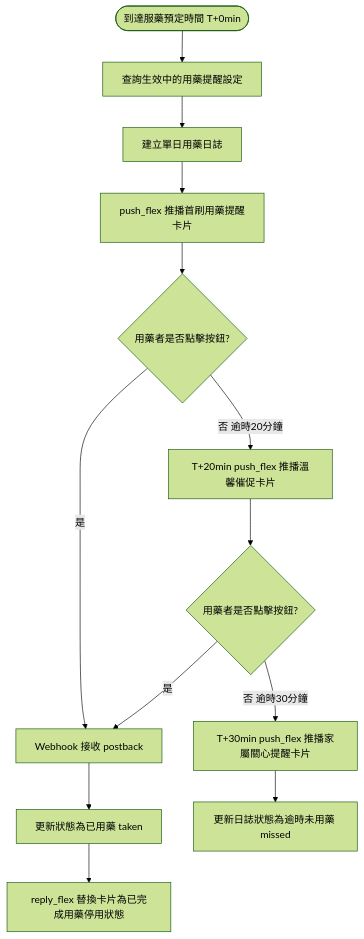
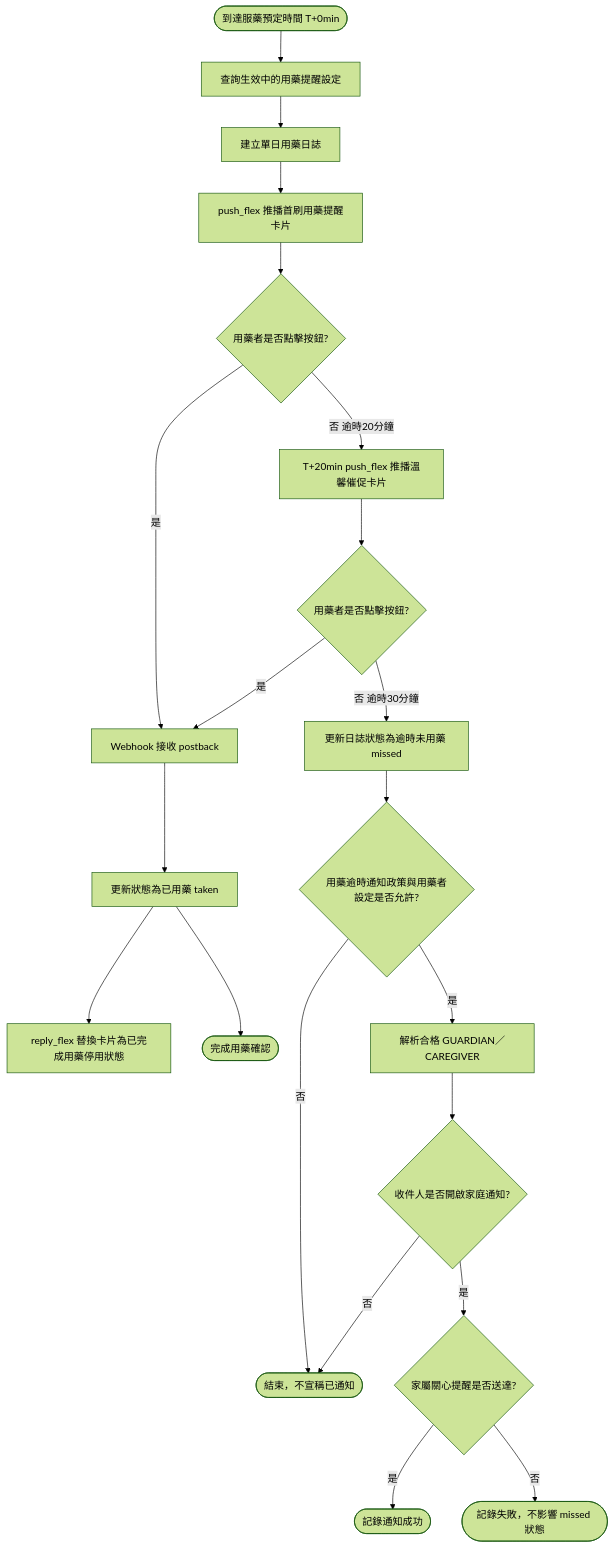
One commit to Yanagi-0912/CARE-Documents changed diagram 16 of 27 in 系統設計文件(SDD).md. Above: the diagram before and after it, drawn with Mermaid (forest theme). The commit also changed other lines of this file and 1 other file, not shown here.

Commit message:
更新mermaid

````diff
--- a/系統設計文件(SDD).md
+++ b/系統設計文件(SDD).md
@@ -679,18 +742,26 @@
 ```mermaid
 flowchart TD
     A([到達服藥預定時間 T+0min]) --> B[查詢生效中的用藥提醒設定]
     B --> C[建立單日用藥日誌]
     C --> D[push_flex 推播首刷用藥提醒卡片]
     D --> E{用藥者是否點擊按鈕?}
     
     E -->|是| F[Webhook 接收 postback]
     F --> G[更新狀態為已用藥 taken]
     G --> H[reply_flex 替換卡片為已完成用藥停用狀態]
     
     E -->|否 逾時20分鐘| I[T+20min push_flex 推播溫馨催促卡片]
     I --> J{用藥者是否點擊按鈕?}
     
     J -->|是| F
-    J -->|否 逾時30分鐘| K[T+30min push_flex 推播家屬關心提醒卡片]
-    K --> L[更新日誌狀態為逾時未用藥 missed]
+    J -->|否 逾時30分鐘| L[更新日誌狀態為逾時未用藥 missed]
+    L --> K{用藥逾時通知政策與用藥者設定是否允許?}
+    K -->|否| End([結束，不宣稱已通知])
+    K -->|是| Recipients[解析合格 GUARDIAN／CAREGIVER]
+    Recipients --> Pref{收件人是否開啟家庭通知?}
+    Pref -->|否| End
+    Pref -->|是| Push{家屬關心提醒是否送達?}
+    Push -->|是| Sent([記錄通知成功])
+    Push -->|否| Failed([記錄失敗，不影響 missed 狀態])
+    G --> EndTaken([完成用藥確認])
 ```
````
